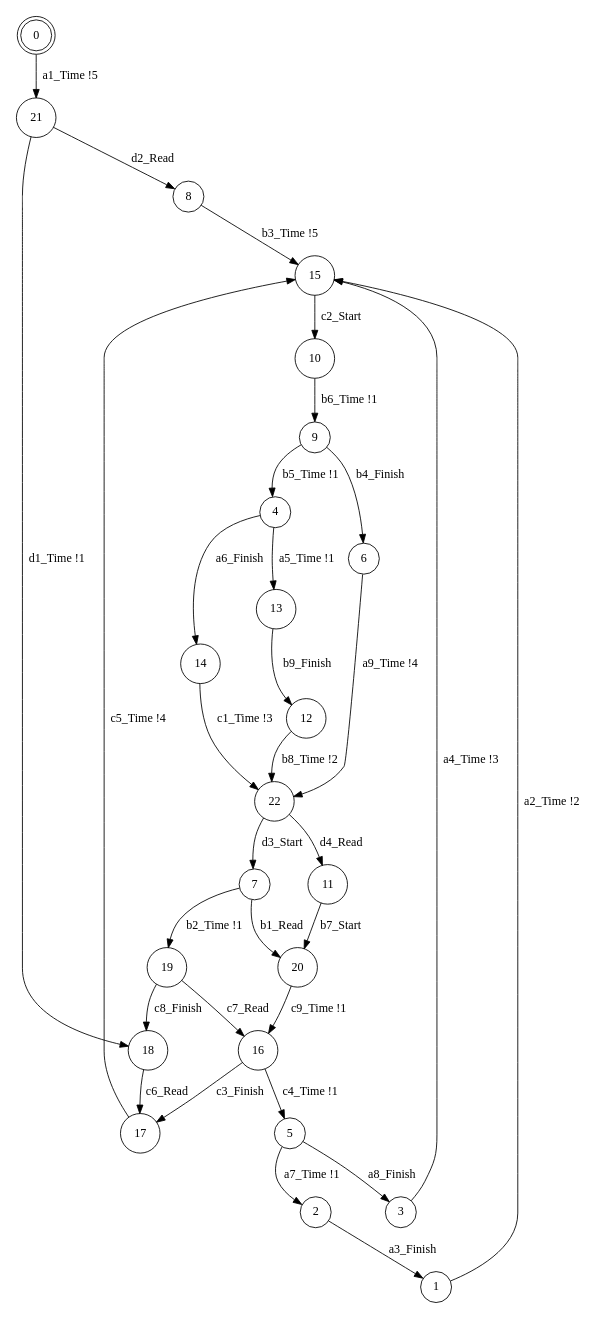
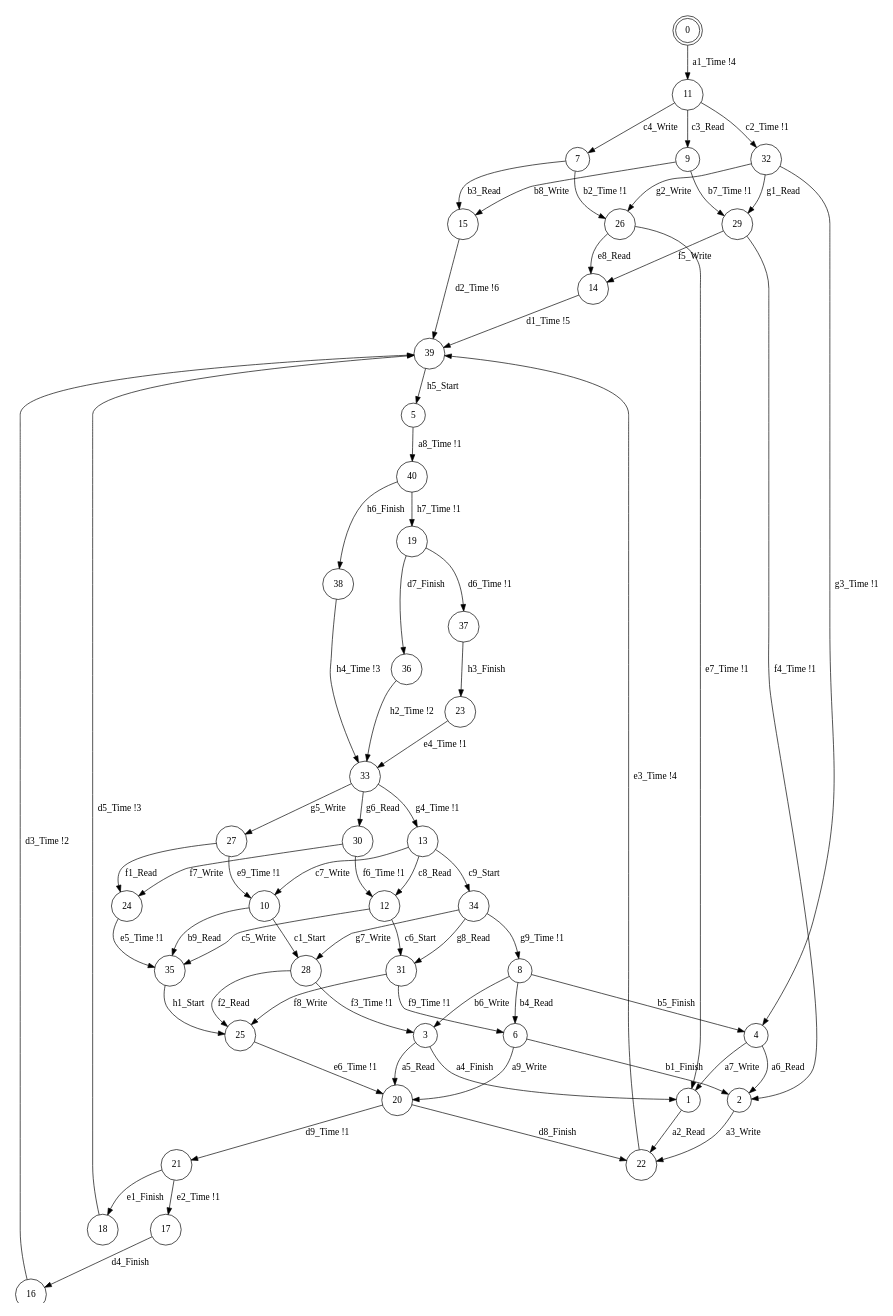
The diagram in experiments/aebs/aebs-min-mapped.dot (irmanfaqrizal/ptsv), drawn with Graphviz before and after one commit. The commit also changed 142 other files, not shown here.

```diff
--- a/experiments/aebs/aebs-min-mapped.dot
+++ b/experiments/aebs/aebs-min-mapped.dot
@@ -1,37 +1,76 @@
 digraph BCG {
 size = "7, 10.5";
 center = TRUE;
 node [shape = circle];
 0 [peripheries = 2];
-0 -> 21 [label = "a1_Time !5"];
-1 -> 15 [label = "a2_Time !2"];
-2 -> 1 [label = "a3_Finish"];
-3 -> 15 [label = "a4_Time !3"];
-4 -> 14 [label = "a6_Finish"];
-4 -> 13 [label = "a5_Time !1"];
-5 -> 3 [label = "a8_Finish"];
-5 -> 2 [label = "a7_Time !1"];
-6 -> 22 [label = "a9_Time !4"];
-7 -> 19 [label = "b2_Time !1"];
-7 -> 20 [label = "b1_Read"];
-8 -> 15 [label = "b3_Time !5"];
-9 -> 4 [label = "b5_Time !1"];
-9 -> 6 [label = "b4_Finish"];
-10 -> 9 [label = "b6_Time !1"];
-11 -> 20 [label = "b7_Start"];
-12 -> 22 [label = "b8_Time !2"];
-13 -> 12 [label = "b9_Finish"];
-14 -> 22 [label = "c1_Time !3"];
-15 -> 10 [label = "c2_Start"];
-16 -> 5 [label = "c4_Time !1"];
-16 -> 17 [label = "c3_Finish"];
-17 -> 15 [label = "c5_Time !4"];
-18 -> 17 [label = "c6_Read"];
-19 -> 18 [label = "c8_Finish"];
-19 -> 16 [label = "c7_Read"];
-20 -> 16 [label = "c9_Time !1"];
-21 -> 8 [label = "d2_Read"];
-21 -> 18 [label = "d1_Time !1"];
-22 -> 11 [label = "d4_Read"];
-22 -> 7 [label = "d3_Start"];
+0 -> 11 [label = "a1_Time !4"];
+1 -> 22 [label = "a2_Read"];
+2 -> 22 [label = "a3_Write"];
+3 -> 20 [label = "a5_Read"];
+3 -> 1 [label = "a4_Finish"];
+4 -> 1 [label = "a7_Write"];
+4 -> 2 [label = "a6_Read"];
+5 -> 40 [label = "a8_Time !1"];
+6 -> 2 [label = "b1_Finish"];
+6 -> 20 [label = "a9_Write"];
+7 -> 15 [label = "b3_Read"];
+7 -> 26 [label = "b2_Time !1"];
+8 -> 3 [label = "b6_Write"];
+8 -> 4 [label = "b5_Finish"];
+8 -> 6 [label = "b4_Read"];
+9 -> 15 [label = "b8_Write"];
+9 -> 29 [label = "b7_Time !1"];
+10 -> 28 [label = "c1_Start"];
+10 -> 35 [label = "b9_Read"];
+11 -> 7 [label = "c4_Write"];
+11 -> 9 [label = "c3_Read"];
+11 -> 32 [label = "c2_Time !1"];
+12 -> 31 [label = "c6_Start"];
+12 -> 35 [label = "c5_Write"];
+13 -> 34 [label = "c9_Start"];
+13 -> 12 [label = "c8_Read"];
+13 -> 10 [label = "c7_Write"];
+14 -> 39 [label = "d1_Time !5"];
+15 -> 39 [label = "d2_Time !6"];
+16 -> 39 [label = "d3_Time !2"];
+17 -> 16 [label = "d4_Finish"];
+18 -> 39 [label = "d5_Time !3"];
+19 -> 36 [label = "d7_Finish"];
+19 -> 37 [label = "d6_Time !1"];
+20 -> 21 [label = "d9_Time !1"];
+20 -> 22 [label = "d8_Finish"];
+21 -> 17 [label = "e2_Time !1"];
+21 -> 18 [label = "e1_Finish"];
+22 -> 39 [label = "e3_Time !4"];
+23 -> 33 [label = "e4_Time !1"];
+24 -> 35 [label = "e5_Time !1"];
+25 -> 20 [label = "e6_Time !1"];
+26 -> 14 [label = "e8_Read"];
+26 -> 1 [label = "e7_Time !1"];
+27 -> 24 [label = "f1_Read"];
+27 -> 10 [label = "e9_Time !1"];
+28 -> 3 [label = "f3_Time !1"];
+28 -> 25 [label = "f2_Read"];
+29 -> 14 [label = "f5_Write"];
+29 -> 2 [label = "f4_Time !1"];
+30 -> 24 [label = "f7_Write"];
+30 -> 12 [label = "f6_Time !1"];
+31 -> 6 [label = "f9_Time !1"];
+31 -> 25 [label = "f8_Write"];
+32 -> 4 [label = "g3_Time !1"];
+32 -> 26 [label = "g2_Write"];
+32 -> 29 [label = "g1_Read"];
+33 -> 30 [label = "g6_Read"];
+33 -> 27 [label = "g5_Write"];
+33 -> 13 [label = "g4_Time !1"];
+34 -> 8 [label = "g9_Time !1"];
+34 -> 31 [label = "g8_Read"];
+34 -> 28 [label = "g7_Write"];
+35 -> 25 [label = "h1_Start"];
+36 -> 33 [label = "h2_Time !2"];
+37 -> 23 [label = "h3_Finish"];
+38 -> 33 [label = "h4_Time !3"];
+39 -> 5 [label = "h5_Start"];
+40 -> 19 [label = "h7_Time !1"];
+40 -> 38 [label = "h6_Finish"];
 }
```
